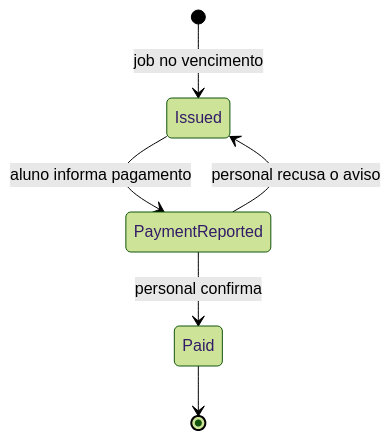
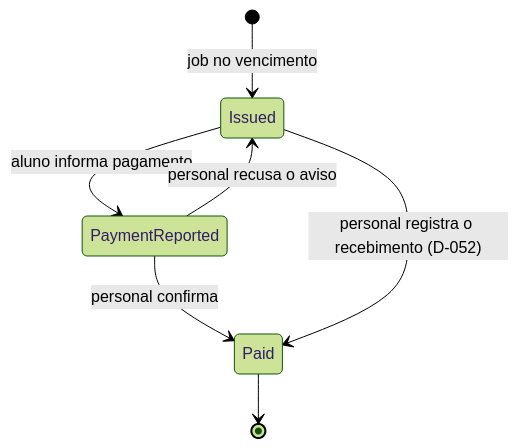
The third of 3 diagrams in .claude/docs/DOMAIN_AND_DATABASE.md (vitormancini/PersonalHub), drawn with Mermaid (forest theme) before and after one commit. The commit also changed other lines of this file and 34 other files, not shown here.

````diff
--- a/.claude/docs/DOMAIN_AND_DATABASE.md
+++ b/.claude/docs/DOMAIN_AND_DATABASE.md
@@ -266,8 +269,9 @@
 ```mermaid
 stateDiagram-v2
     [*] --> Issued : job no vencimento
     Issued --> PaymentReported : aluno informa pagamento
     PaymentReported --> Issued : personal recusa o aviso
     PaymentReported --> Paid : personal confirma
+    Issued --> Paid : personal registra o recebimento (D-052)
     Paid --> [*]
 ```
````
